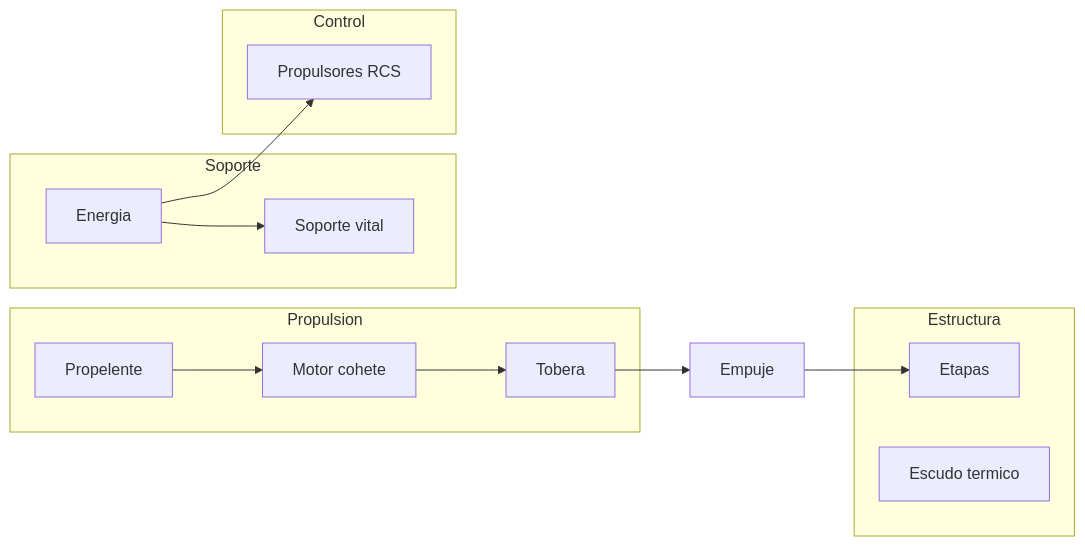
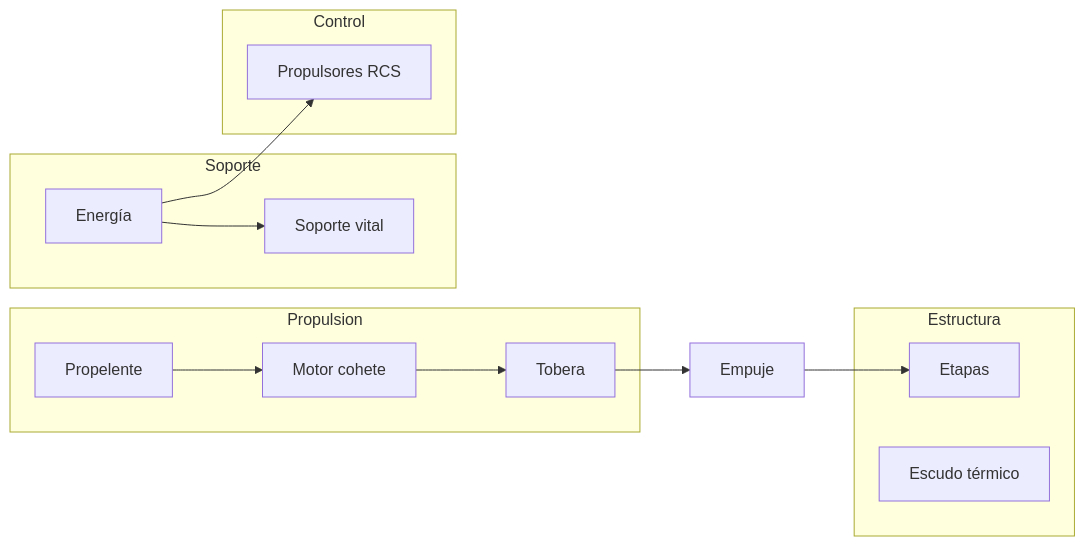
Before and after one commit to vladimiracunadev-create/machine-operator-program: the first of 4 diagrams in vehiculos/naves-espaciales/operacion/sistemas-mecanicos-nave-espacial.md, drawn with Mermaid. The commit also changed other lines of this file and 442 other files, not shown here.

````diff
--- a/vehiculos/naves-espaciales/operacion/sistemas-mecanicos-nave-espacial.md
+++ b/vehiculos/naves-espaciales/operacion/sistemas-mecanicos-nave-espacial.md
@@ -9,22 +9,22 @@
 ```mermaid
 flowchart LR
     subgraph Propulsion
         Prop[Propelente] --> Motor[Motor cohete]
         Motor --> Tobera[Tobera]
     end
     subgraph Estructura
         Etapas[Etapas]
-        Escudo[Escudo termico]
+        Escudo[Escudo térmico]
     end
     subgraph Soporte
         Vital[Soporte vital]
-        Energia[Energia]
+        Energia[Energía]
     end
     subgraph Control
         RCS[Propulsores RCS]
     end
     Tobera --> Empuje[Empuje]
     Empuje --> Etapas
     Energia --> Vital
     Energia --> RCS
 ```
````
